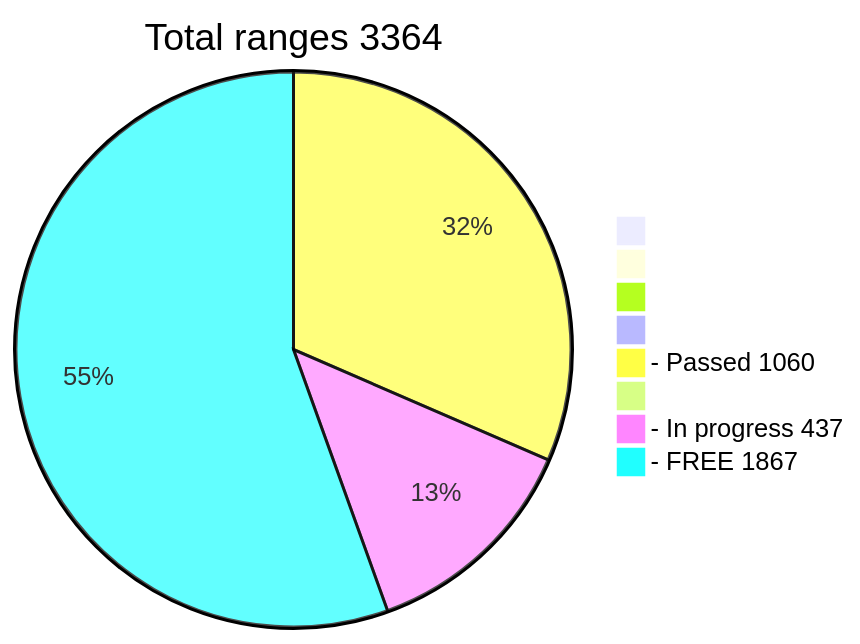
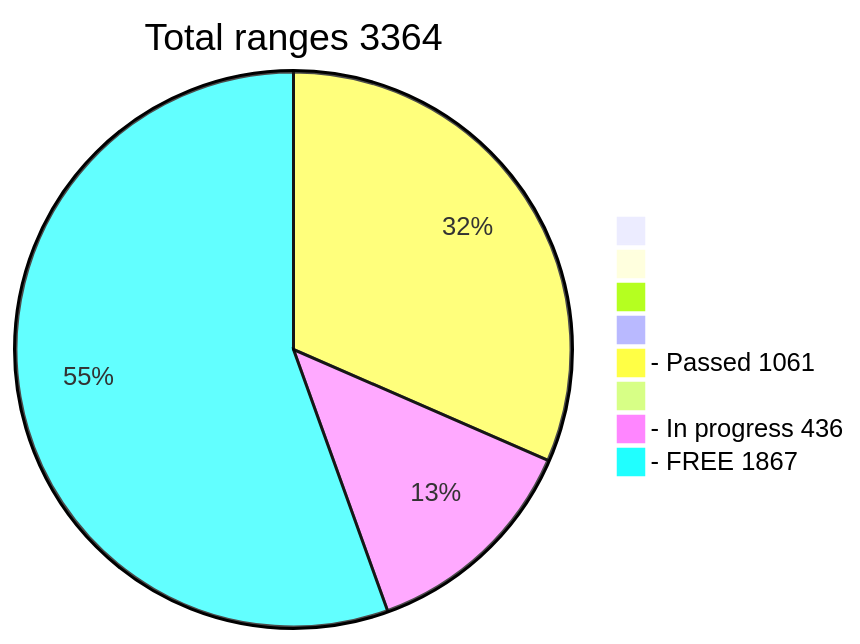
One commit to phrutis/wif500 changed the diagram in README.md. Above: the diagram before and after it, drawn with Mermaid.

````diff
--- a/README.md
+++ b/README.md
@@ -16,12 +16,12 @@
 ```mermaid
 pie title Total ranges 3364
              " " : 0
             "  " : 0
            "   " : 0
           "    " : 0
-  "- Passed 1060" : 1060
+  "- Passed 1061" : 1061
          "     " : 0
-  "- In progress 437" : 437
+  "- In progress 436" : 436
    "- FREE 1867" : 1867
    
 ```
````
